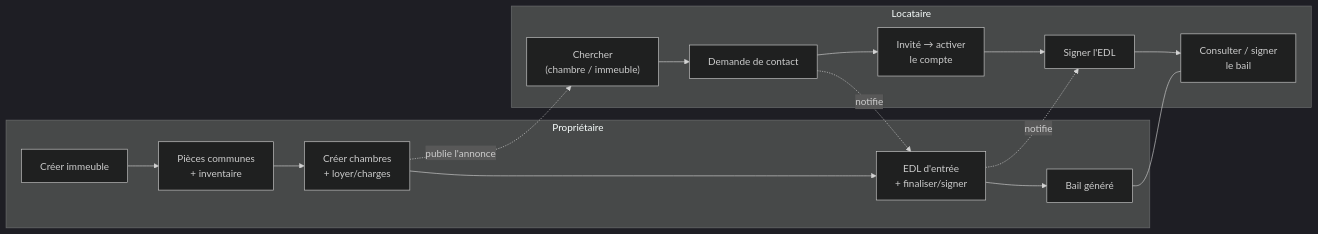
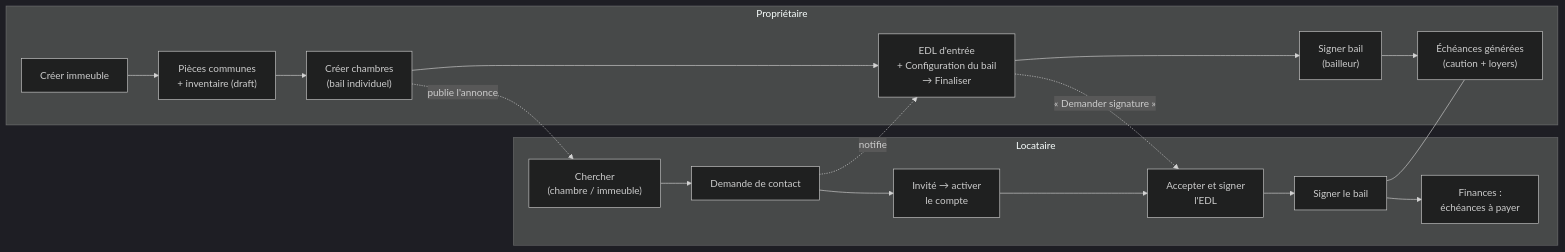
One commit to rhayonne/lacoloc changed the first of 8 diagrams in diagrams/10_parcours_location.md. Above: the diagram before and after it, drawn with Mermaid (dark theme). The commit also changed other lines of this file and 31 other files, not shown here.

First line of the commit message:
feat(bail): résiliation avec prorata/remboursement de caution, acte de résiliation PDF, Vue générale Finances (v1.5.0)

````diff
--- a/diagrams/10_parcours_location.md
+++ b/diagrams/10_parcours_location.md
@@ -16,19 +22,21 @@
 ```mermaid
 graph LR
     subgraph Propriétaire
-        P1["Créer immeuble"] --> P2["Pièces communes\n+ inventaire"]
-        P2 --> P3["Créer chambres\n+ loyer/charges"]
-        P3 --> P4["EDL d'entrée\n+ finaliser/signer"]
-        P4 --> P5["Bail généré"]
+        P1["Créer immeuble"] --> P2["Pièces communes\n+ inventaire (draft)"]
+        P2 --> P3["Créer chambres\n(bail individuel)"]
+        P3 --> P4["EDL d'entrée\n+ Configuration du bail\n→ Finaliser"]
+        P4 --> P5["Signer bail\n(bailleur)"]
+        P5 --> P6["Échéances générées\n(caution + loyers)"]
     end
     subgraph Locataire
         L1["Chercher\n(chambre / immeuble)"] --> L2["Demande de contact"]
         L2 --> L3["Invité → activer\nle compte"]
-        L3 --> L4["Signer l'EDL"]
-        L4 --> L5["Consulter / signer\nle bail"]
+        L3 --> L4["Accepter et signer\nl'EDL"]
+        L4 --> L5["Signer le bail"]
+        L5 --> L6["Finances :\néchéances à payer"]
     end
     P3 -.publie l'annonce.-> L1
     L2 -.notifie.-> P4
-    P4 -.notifie.-> L4
-    P5 --- L5
+    P4 -.« Demander signature ».-> L4
+    L5 --- P6
 ```
````
